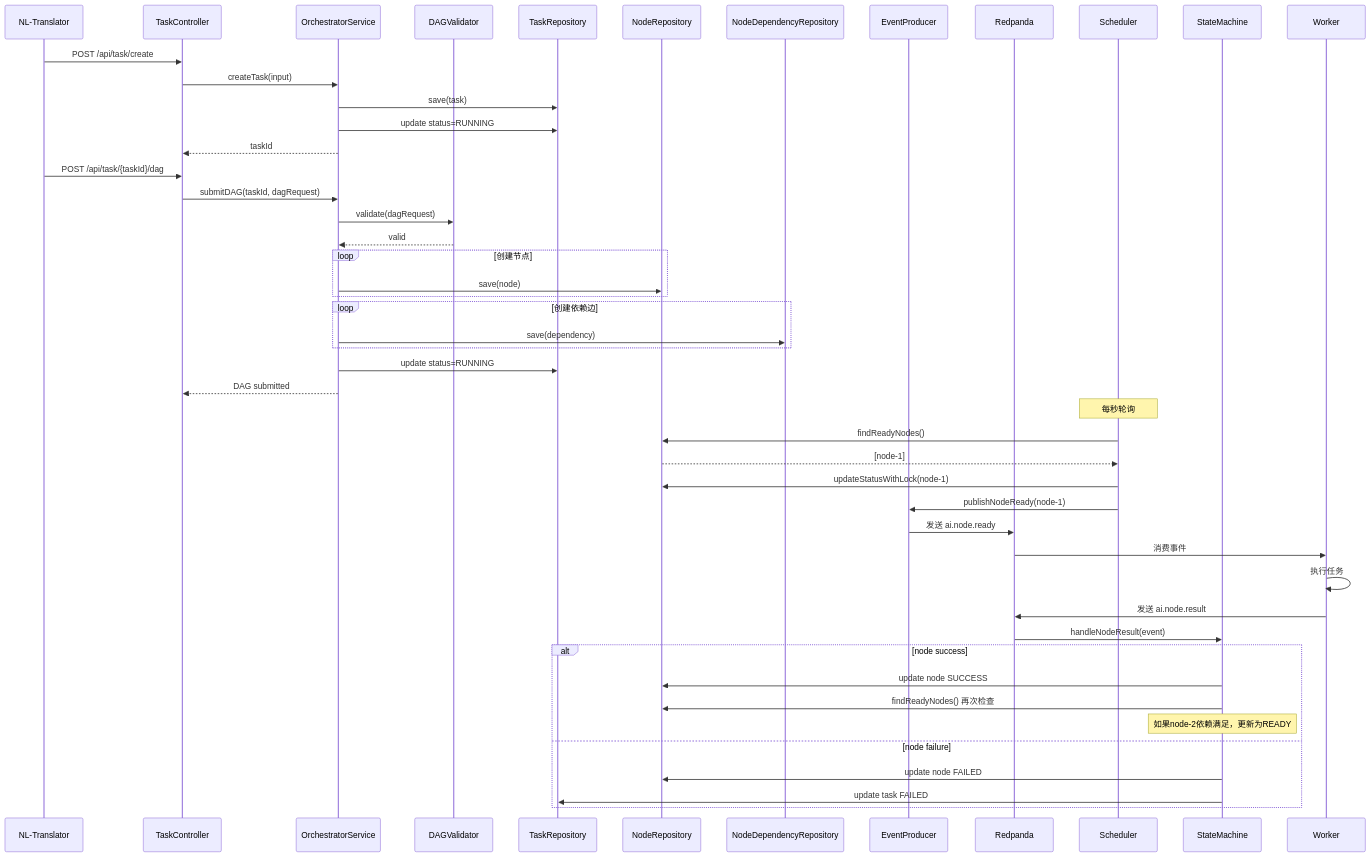
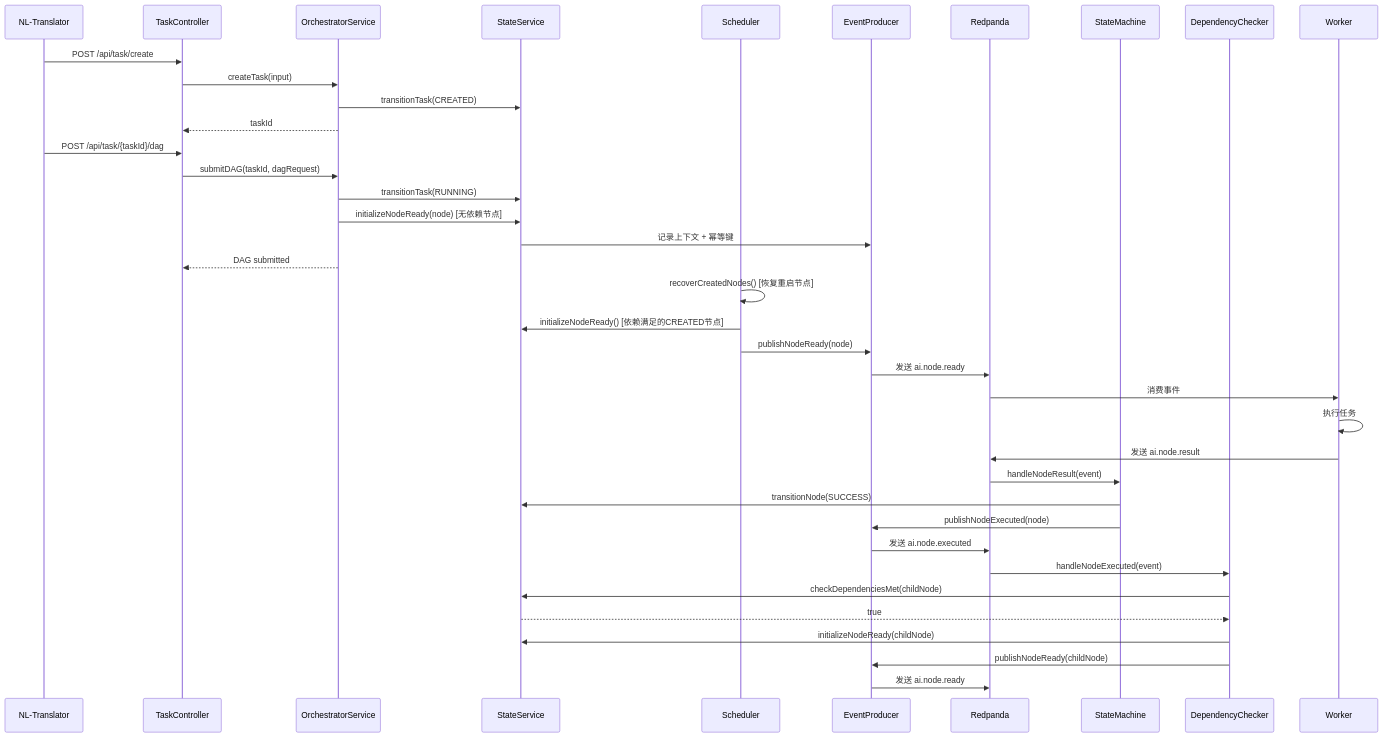
One commit to SUSTechWLA/lingxi-ai-operation-system changed the second of 2 diagrams in docs/guides/ORCHESTRATOR_GUIDE.md. Above: the diagram before and after it, drawn with Mermaid. The commit also changed other lines of this file and 41 other files, not shown here.

````diff
--- a/docs/guides/ORCHESTRATOR_GUIDE.md
+++ b/docs/guides/ORCHESTRATOR_GUIDE.md
@@ -432,55 +455,46 @@
 ```mermaid
 sequenceDiagram
     participant NL as NL-Translator
     participant TC as TaskController
     participant OS as OrchestratorService
-    participant DV as DAGValidator
-    participant TR as TaskRepository
-    participant NR as NodeRepository
-    participant DR as NodeDependencyRepository
+    participant SS as StateService
+    participant Sch as Scheduler
     participant EP as EventProducer
     participant RP as Redpanda
-    participant Sch as Scheduler
     participant SM as StateMachine
+    participant DC as DependencyChecker
     participant Worker as Worker
 
     NL->>TC: POST /api/task/create
     TC->>OS: createTask(input)
-    OS->>TR: save(task)
-    OS->>TR: update status=RUNNING
+    OS->>SS: transitionTask(CREATED)
     OS-->>TC: taskId
 
     NL->>TC: POST /api/task/{taskId}/dag
     TC->>OS: submitDAG(taskId, dagRequest)
-    OS->>DV: validate(dagRequest)
-    DV-->>OS: valid
-    loop 创建节点
-        OS->>NR: save(node)
-    end
-    loop 创建依赖边
-        OS->>DR: save(dependency)
-    end
-    OS->>TR: update status=RUNNING
+    OS->>SS: transitionTask(RUNNING)
+    OS->>SS: initializeNodeReady(node) [无依赖节点]
+    SS->>EP: 记录上下文 + 幂等键
     OS-->>TC: DAG submitted
 
-    Note over Sch: 每秒轮询
-    Sch->>NR: findReadyNodes()
-    NR-->>Sch: [node-1]
-    Sch->>NR: updateStatusWithLock(node-1)
-    Sch->>EP: publishNodeReady(node-1)
+    Sch->>Sch: recoverCreatedNodes() [恢复重启节点]
+    Sch->>SS: initializeNodeReady() [依赖满足的CREATED节点]
+    Sch->>EP: publishNodeReady(node)
     EP->>RP: 发送 ai.node.ready
 
     RP->>Worker: 消费事件
     Worker->>Worker: 执行任务
     Worker->>RP: 发送 ai.node.result
 
     RP->>SM: handleNodeResult(event)
-    alt node success
-        SM->>NR: update node SUCCESS
-        SM->>NR: findReadyNodes() 再次检查
-        Note over SM: 如果node-2依赖满足，更新为READY
-    else node failure
-        SM->>NR: update node FAILED
-        SM->>TR: update task FAILED
-    end
+    SM->>SS: transitionNode(SUCCESS)
+    SM->>EP: publishNodeExecuted(node)
+    EP->>RP: 发送 ai.node.executed
+
+    RP->>DC: handleNodeExecuted(event)
+    DC->>SS: checkDependenciesMet(childNode)
+    SS-->>DC: true
+    DC->>SS: initializeNodeReady(childNode)
+    DC->>EP: publishNodeReady(childNode)
+    EP->>RP: 发送 ai.node.ready
 ```
````
